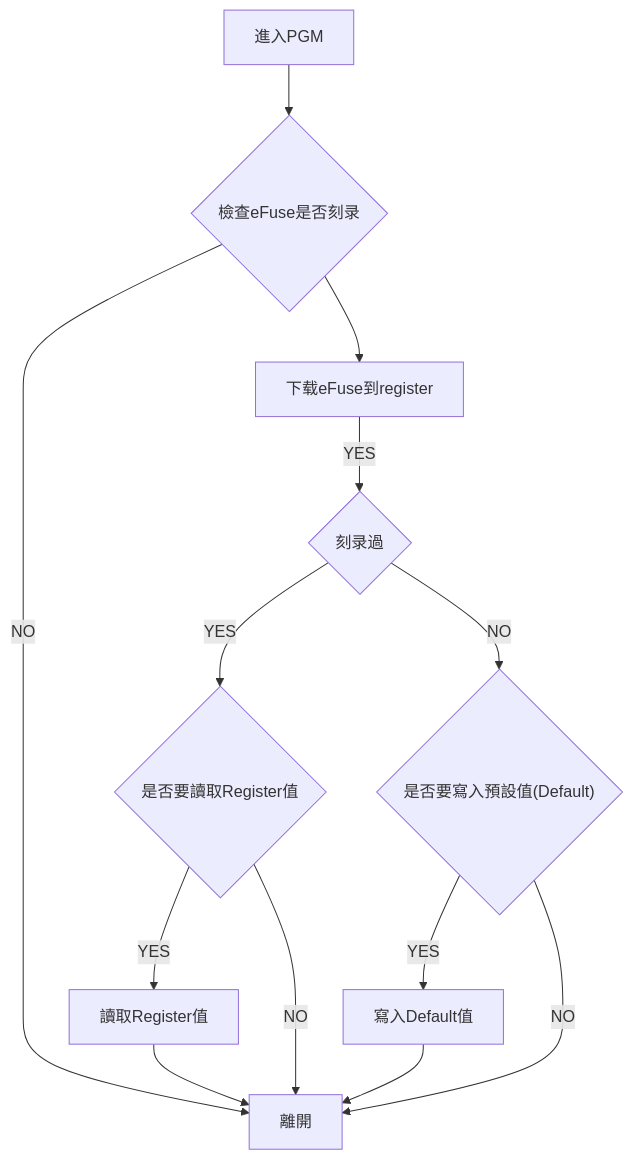
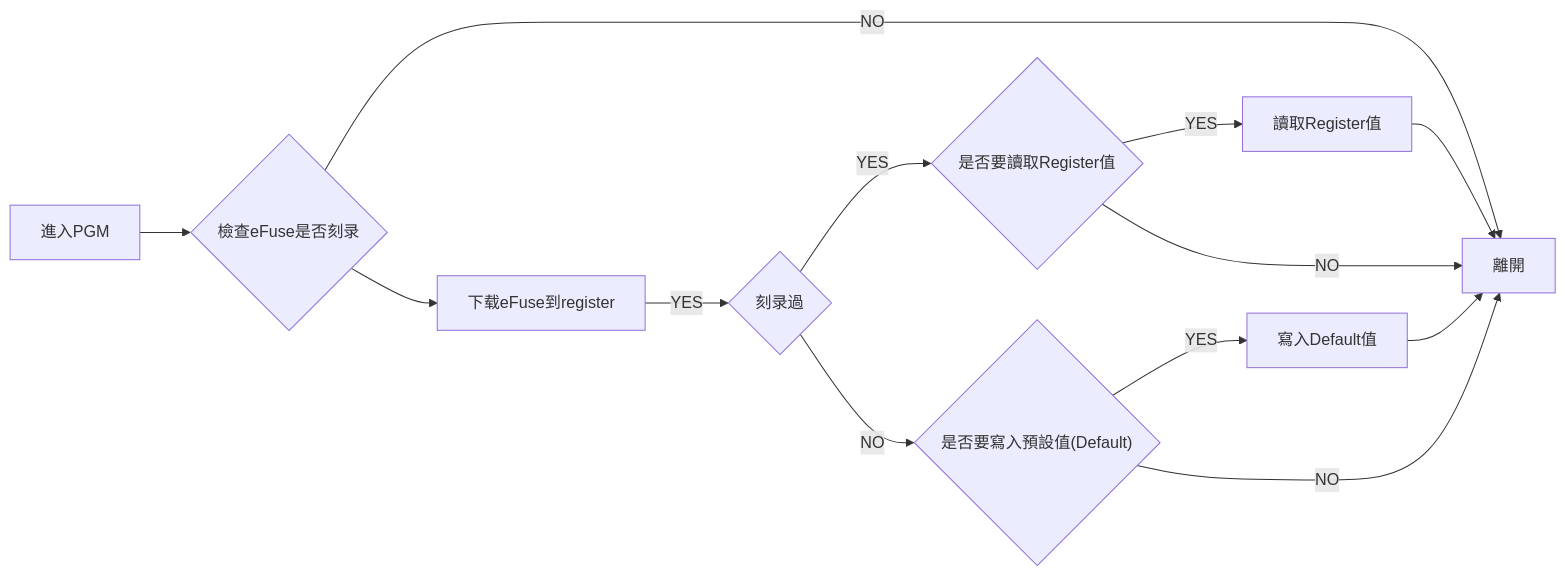
The diagram in README.md (billwanggithub/MXXXX), drawn with Mermaid before and after one commit.

````diff
--- a/README.md
+++ b/README.md
@@ -15,21 +15,21 @@
 ```mermaid
-flowchart TB
+flowchart LR
   A["進入PGM"]
   B{"檢查eFuse是否刻录"}
   C[離開]
   D{"刻录過"}
   E{"是否要讀取Register值"}
   F{"是否要寫入預設值(Default)"}
   G["寫入Default值"]
   H["讀取Register值"]
   I["下载eFuse到register"]
   A --> B
   B --> I --YES--> D
   B --NO--> C
   D --YES--> E
   D --NO --> F
   E --YES-->H-->C
   E --NO--> C
   F --YES--> G -->C
   F --NO--> C
 ```
````
